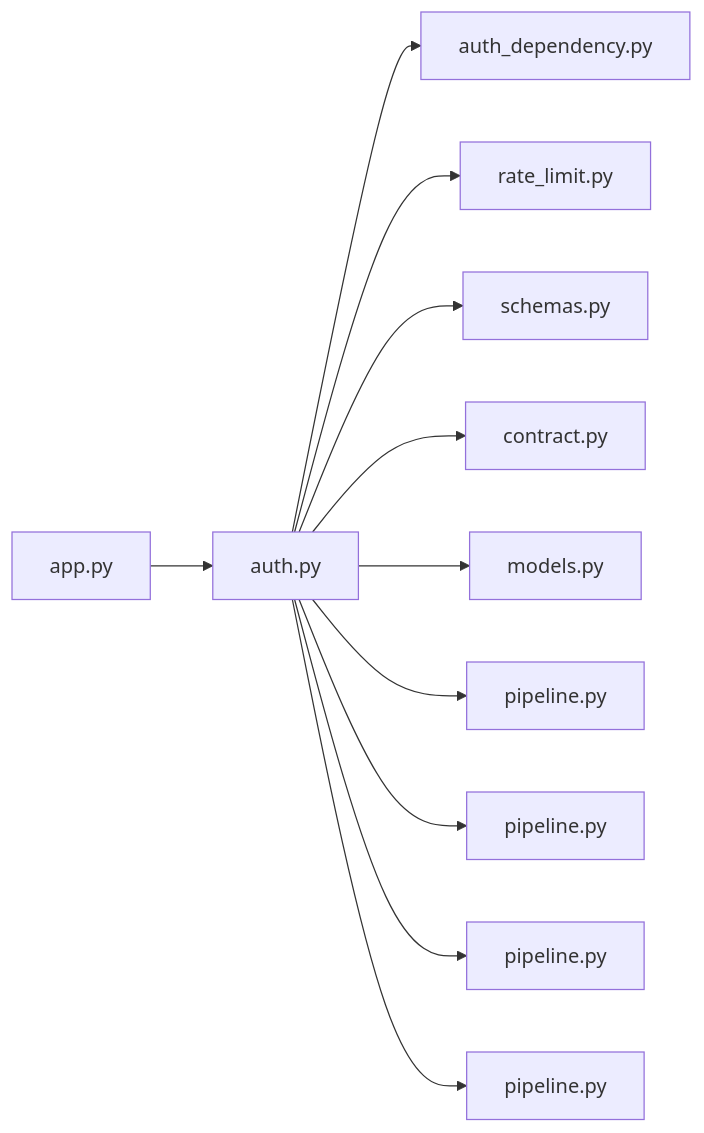
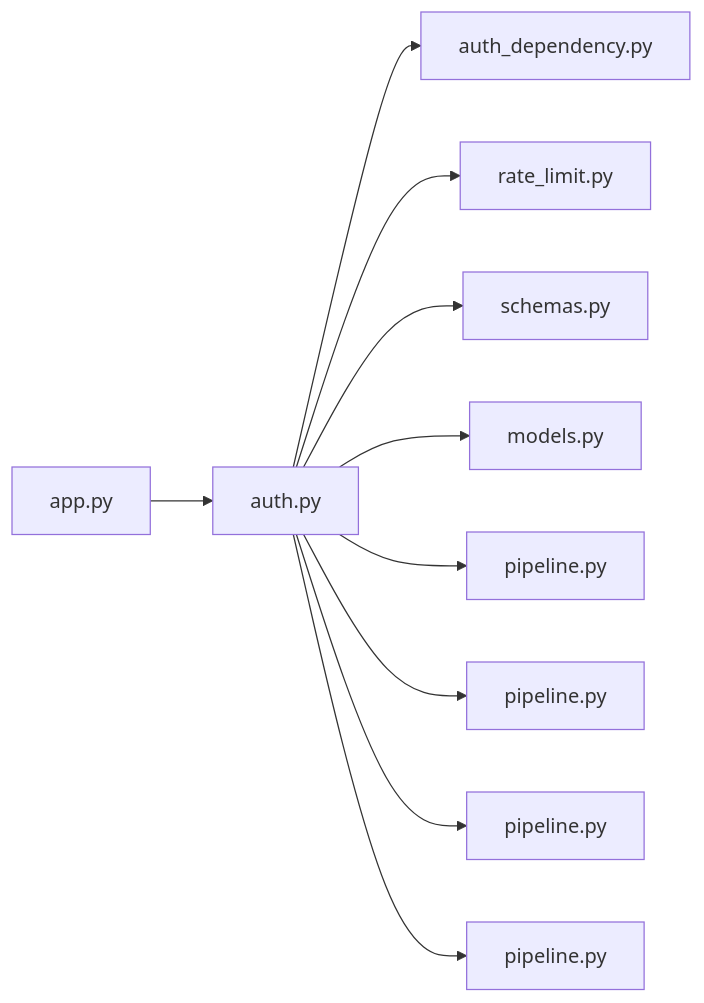
The diagram in .cluedoc/graph/backend/src/backend/api/routers/auth.md (minkong-dev/Banblit), drawn with Mermaid before and after one commit. The commit also changed other lines of this file and 50 other files, not shown here.

````diff
--- a/.cluedoc/graph/backend/src/backend/api/routers/auth.md
+++ b/.cluedoc/graph/backend/src/backend/api/routers/auth.md
@@ -10,14 +10,13 @@
 ```mermaid
 flowchart LR
   backend_src_backend_api_routers_auth["auth.py"]
   backend_src_backend_api_routers_auth --> backend_src_backend_api_auth_dependency["auth_dependency.py"]
   backend_src_backend_api_routers_auth --> backend_src_backend_api_rate_limit["rate_limit.py"]
   backend_src_backend_api_routers_auth --> backend_src_backend_api_schemas["schemas.py"]
-  backend_src_backend_api_routers_auth --> backend_src_backend_contract["contract.py"]
   backend_src_backend_api_routers_auth --> backend_src_backend_db_models["models.py"]
   backend_src_backend_api_routers_auth --> backend_src_backend_db_pipeline["pipeline.py"]
   backend_src_backend_api_routers_auth --> backend_src_backend_services_auth_pipeline["pipeline.py"]
   backend_src_backend_api_routers_auth --> backend_src_backend_services_permission_pipeline["pipeline.py"]
   backend_src_backend_api_routers_auth --> backend_src_backend_services_roster_pipeline["pipeline.py"]
   backend_src_backend_api_app["app.py"] --> backend_src_backend_api_routers_auth
 ```
````
